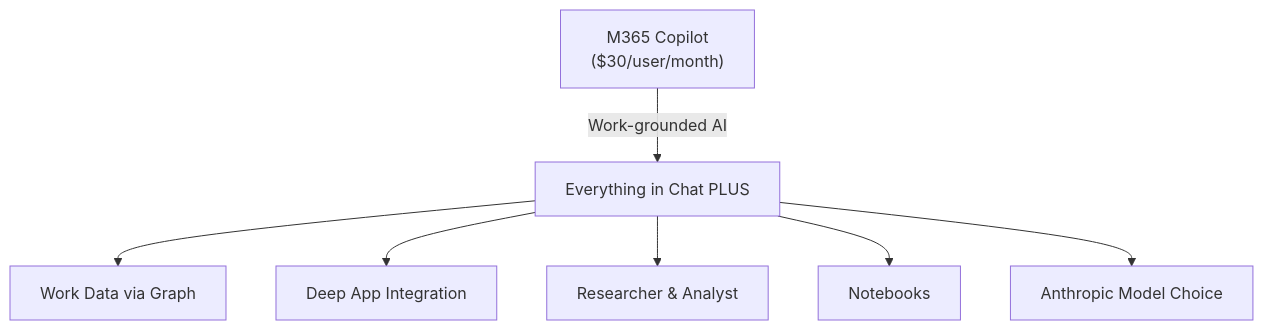
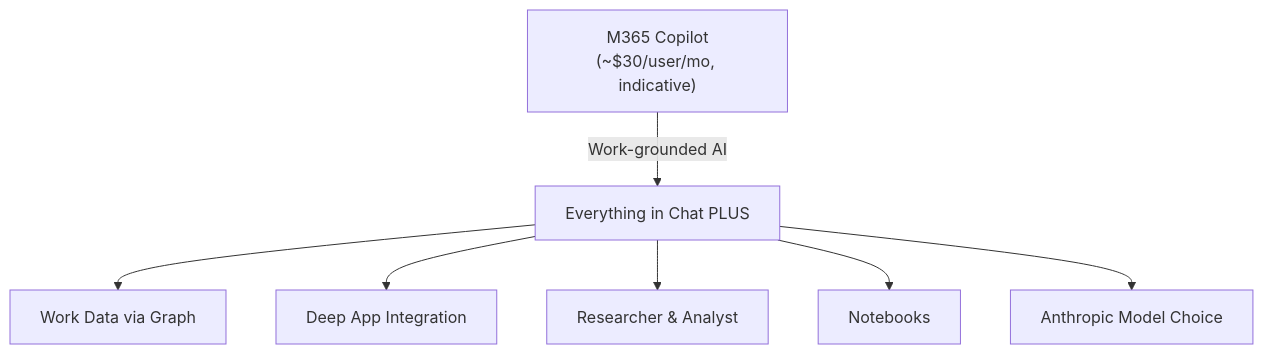
The second of 6 diagrams in content/blog/microsoft-365-copilot-chat-complete-guide-for-trainers.md (susanthgit/aguidetocloud-revamp), drawn with Mermaid before and after one commit. The commit also changed other lines of this file, not shown here.

Commit message:
Refresh free Copilot Chat trainer guide: fix GPT-5 model-router inversion, reframe April 2026 change to past tense, indicative pricing, Copilot Chat rename note, primary URL copilot.cloud.microsoft, 3 doc-path links, dates

````diff
--- a/content/blog/microsoft-365-copilot-chat-complete-guide-for-trainers.md
+++ b/content/blog/microsoft-365-copilot-chat-complete-guide-for-trainers.md
@@ -148,9 +148,9 @@
 ```mermaid
 flowchart TD
-    A["M365 Copilot<br/>($30/user/month)"] -->|"Work-grounded AI"| B["Everything in Chat PLUS"]
+    A["M365 Copilot<br/>(~$30/user/mo, indicative)"] -->|"Work-grounded AI"| B["Everything in Chat PLUS"]
     B --> C["Work Data via Graph"]
     B --> D["Deep App Integration"]
     B --> E["Researcher & Analyst"]
     B --> F["Notebooks"]
     B --> G["Anthropic Model Choice"]
 ```
````
